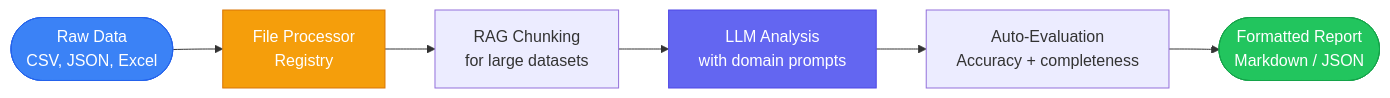
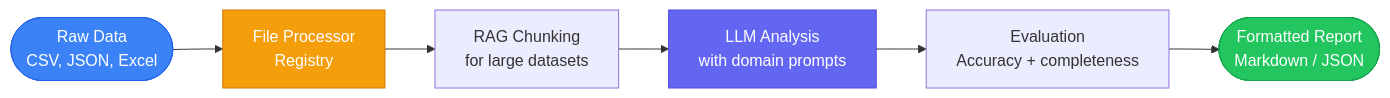
One commit to juspay/neurolink-blog changed the first of 2 diagrams in _posts/2026-02-01-raw-data-to-reports-automating-bi-with-ai.md. Above: the diagram before and after it, drawn with Mermaid. The commit also changed other lines of this file and 172 other files, not shown here.

````diff
--- a/_posts/2026-02-01-raw-data-to-reports-automating-bi-with-ai.md
+++ b/_posts/2026-02-01-raw-data-to-reports-automating-bi-with-ai.md
@@ -38,13 +38,13 @@
 ```mermaid
 flowchart LR
     DATA(["Raw Data<br/>CSV, JSON, Excel"]) --> PROC["File Processor<br/>Registry"]
     PROC --> CHUNK["RAG Chunking<br/>for large datasets"]
     CHUNK --> LLM["LLM Analysis<br/>with domain prompts"]
-    LLM --> EVAL["Auto-Evaluation<br/>Accuracy + completeness"]
+    LLM --> EVAL["Evaluation<br/>Accuracy + completeness"]
     EVAL --> REPORT(["Formatted Report<br/>Markdown / JSON"])
 
     style DATA fill:#3b82f6,stroke:#2563eb,color:#fff
     style PROC fill:#f59e0b,stroke:#d97706,color:#fff
     style LLM fill:#6366f1,stroke:#4f46e5,color:#fff
     style REPORT fill:#22c55e,stroke:#16a34a,color:#fff
 ```
````
